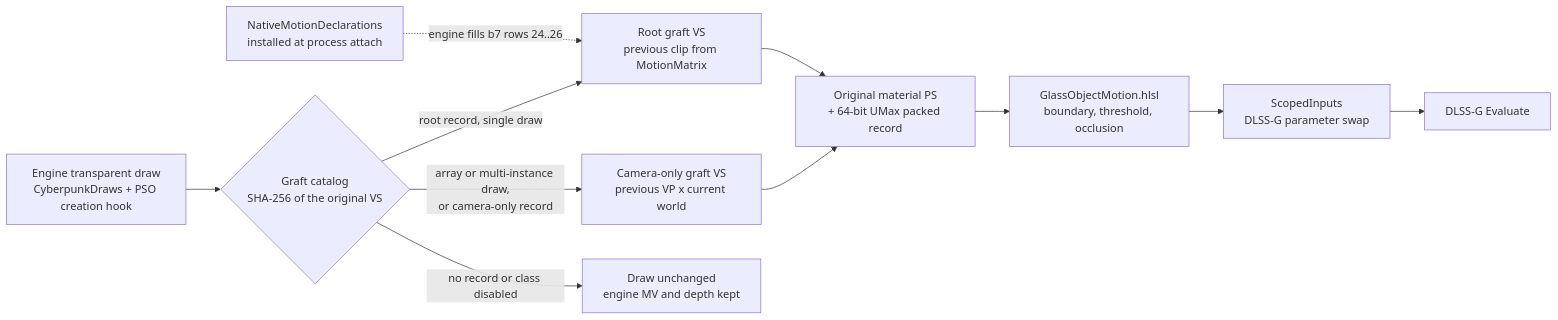
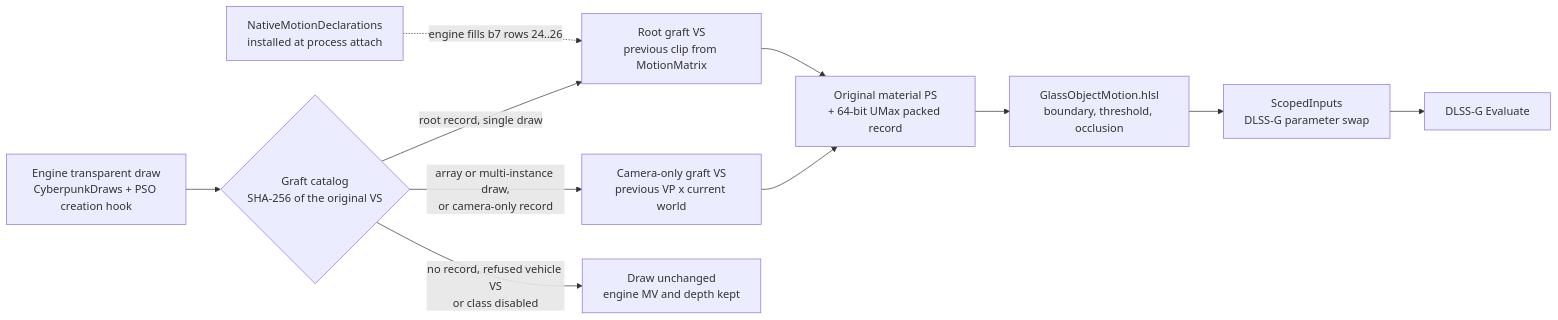
One commit to onestep00/OptiScaler-Glass-Motion changed the diagram in OptiScaler/framegen/glass/README.md. Above: the diagram before and after it, drawn with Mermaid. The commit also changed other lines of this file and 12 other files, not shown here.

````diff
--- a/OptiScaler/framegen/glass/README.md
+++ b/OptiScaler/framegen/glass/README.md
@@ -22,13 +22,13 @@
 ```mermaid
 flowchart LR
   K[NativeMotionDeclarations<br/>installed at process attach] -.->|engine fills b7 rows 24..26| C
   A[Engine transparent draw<br/>CyberpunkDraws + PSO creation hook] --> B{Graft catalog<br/>SHA-256 of the original VS}
   B -->|root record, single draw| C[Root graft VS<br/>previous clip from MotionMatrix]
   B -->|array or multi-instance draw,<br/>or camera-only record| D[Camera-only graft VS<br/>previous VP x current world]
-  B -->|no record or class disabled| E[Draw unchanged<br/>engine MV and depth kept]
+  B -->|no record, refused vehicle VS<br/>or class disabled| E[Draw unchanged<br/>engine MV and depth kept]
   C --> F[Original material PS<br/>+ 64-bit UMax packed record]
   D --> F
   F --> G[GlassObjectMotion.hlsl<br/>boundary, threshold, occlusion]
   G --> H[ScopedInputs<br/>DLSS-G parameter swap]
   H --> I[DLSS-G Evaluate]
 ```
````
